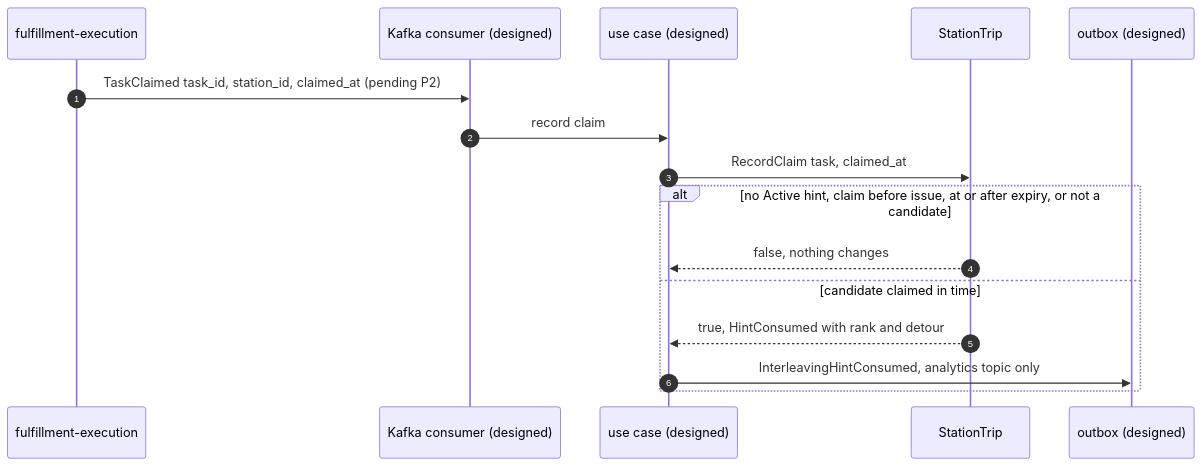
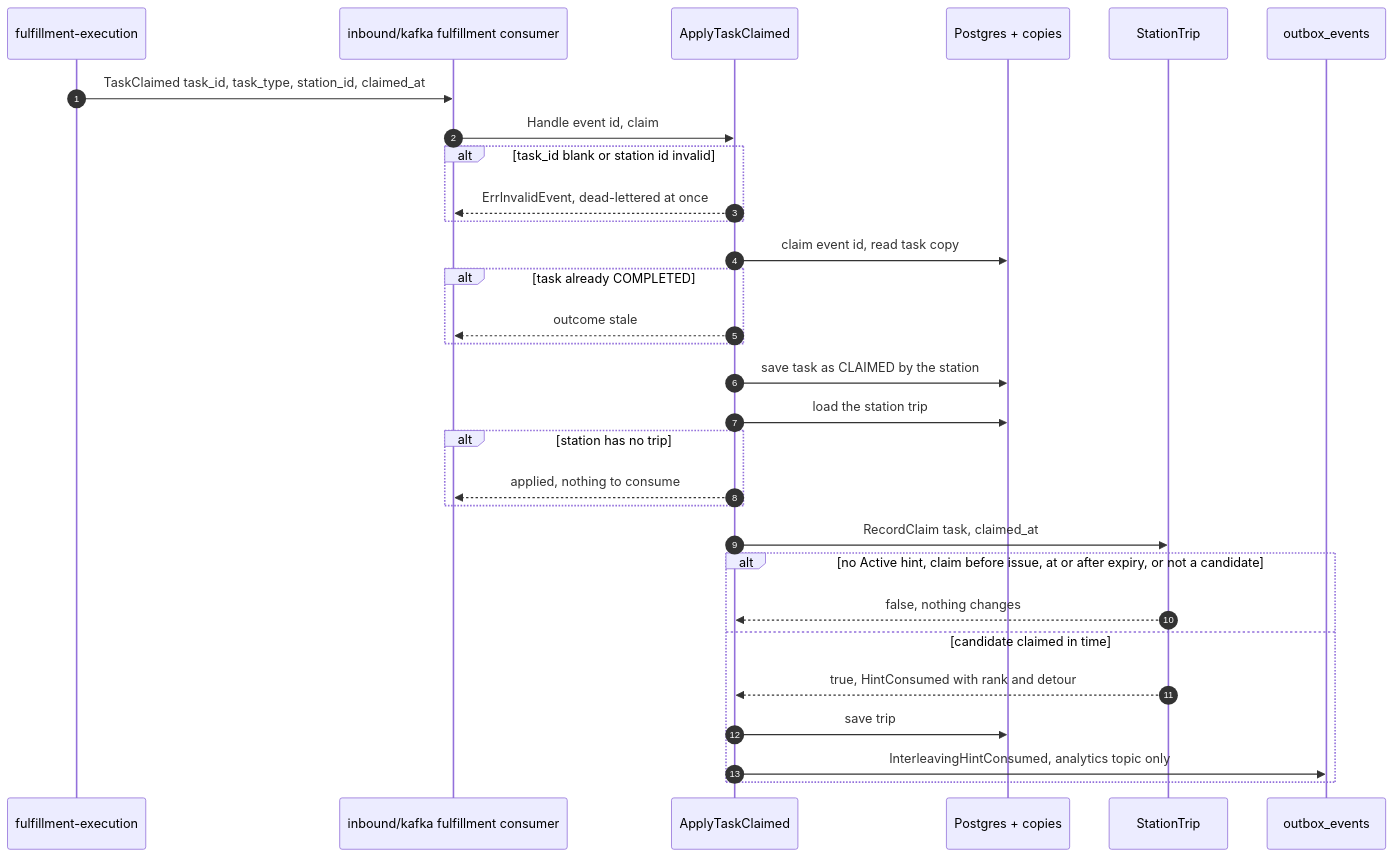
The second of 5 diagrams in docs/docs/ddd/sequence-diagrams.md (IQVO/task-interleaving), drawn with Mermaid before and after one commit. The commit also changed other lines of this file and 15 other files, not shown here.

````diff
--- a/docs/docs/ddd/sequence-diagrams.md
+++ b/docs/docs/ddd/sequence-diagrams.md
@@ -71,19 +87,33 @@
 ```mermaid
 sequenceDiagram
     autonumber
     participant FE as fulfillment-execution
-    participant K as Kafka consumer (designed)
-    participant UC as use case (designed)
+    participant K as inbound/kafka fulfillment consumer
+    participant UC as ApplyTaskClaimed
+    participant DB as Postgres + copies
     participant T as StationTrip
-    participant OB as outbox (designed)
+    participant OB as outbox_events
 
-    FE->>K: TaskClaimed task_id, station_id, claimed_at (pending P2)
-    K->>UC: record claim
+    FE->>K: TaskClaimed task_id, task_type, station_id, claimed_at
+    K->>UC: Handle event id, claim
+    alt task_id blank or station id invalid
+        UC-->>K: ErrInvalidEvent, dead-lettered at once
+    end
+    UC->>DB: claim event id, read task copy
+    alt task already COMPLETED
+        UC-->>K: outcome stale
+    end
+    UC->>DB: save task as CLAIMED by the station
+    UC->>DB: load the station trip
+    alt station has no trip
+        UC-->>K: applied, nothing to consume
+    end
     UC->>T: RecordClaim task, claimed_at
     alt no Active hint, claim before issue, at or after expiry, or not a candidate
         T-->>UC: false, nothing changes
     else candidate claimed in time
         T-->>UC: true, HintConsumed with rank and detour
+        UC->>DB: save trip
         UC->>OB: InterleavingHintConsumed, analytics topic only
     end
 ```
````
